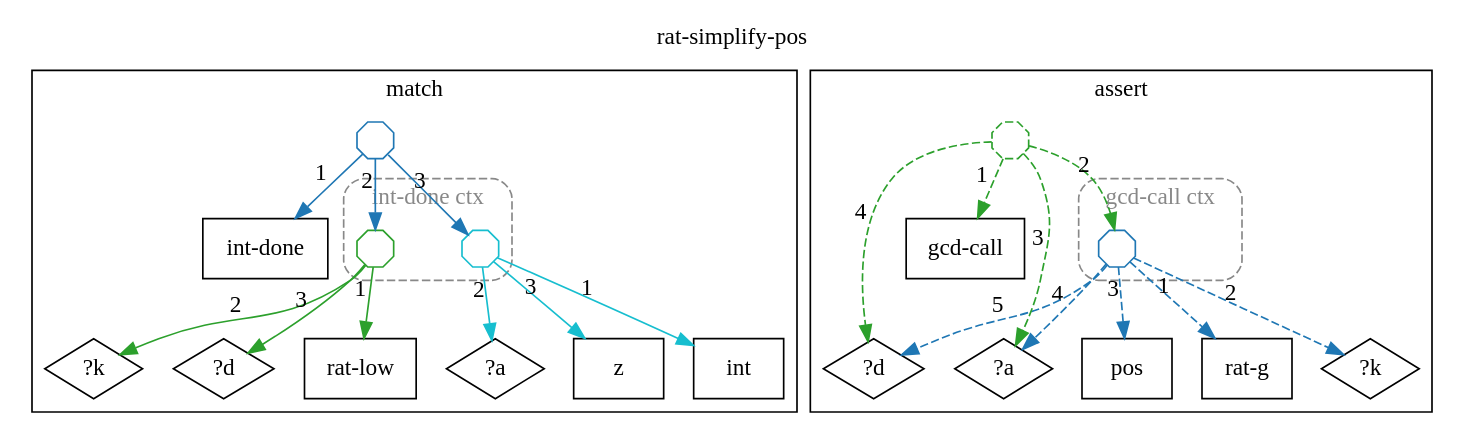
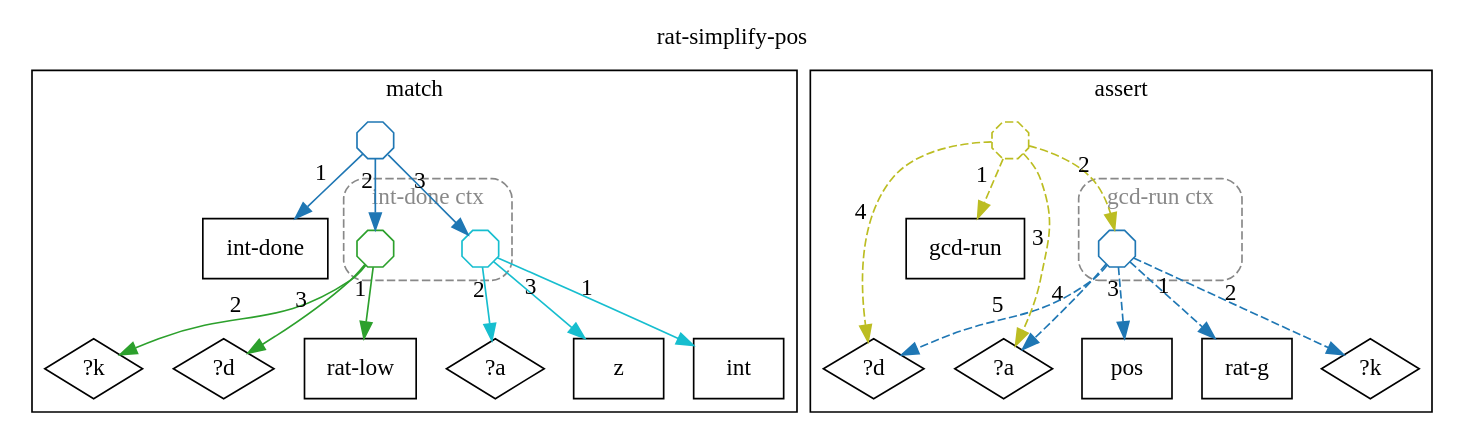
One commit to agutikov/ein changed the diagram in docs/ein/user/04-reference/04-stdlib/diagrams/13-std.math.rat.rat-simplify-pos.dot. Above: the diagram before and after it, drawn with Graphviz. The commit also changed 347 other files, not shown here.

```diff
--- a/docs/ein/user/04-reference/04-stdlib/diagrams/13-std.math.rat.rat-simplify-pos.dot
+++ b/docs/ein/user/04-reference/04-stdlib/diagrams/13-std.math.rat.rat-simplify-pos.dot
@@ -1,50 +1,50 @@
 digraph rule_rat_simplify_pos_lhs_rhs {
   rankdir=TB;
   label="rat-simplify-pos"; labelloc=t;
   subgraph cluster_lhs { label="match";
     "int-done_L" [label="int-done", shape=box];
     "rat-low_L" [label="rat-low", shape=box];
     "?k_L" [label="?k", shape=diamond];
     "?d_L" [label="?d", shape=diamond];
     "int_L" [label="int", shape=box];
     "?a_L" [label="?a", shape=diamond];
     "z_L" [label="z", shape=box];
     subgraph cluster_ctx_L_0 {
       label="int-done ctx"; style="dashed,rounded"; color="#888888"; fontcolor="#888888";
       "(rat-low ?k ?d)_L" [shape=octagon, label="", width=0.3, height=0.3, fixedsize=true, color="#2ca02c"];
       "(int ?a z)_L" [shape=octagon, label="", width=0.3, height=0.3, fixedsize=true, color="#17becf"];
     }
     "h1_int-done_L" [shape=octagon, label="", width=0.3, height=0.3, fixedsize=true, color="#1f77b4"];
     "h1_int-done_L" -> "int-done_L" [xlabel="1", color="#1f77b4"];
     "h1_int-done_L" -> "(rat-low ?k ?d)_L" [xlabel="2", color="#1f77b4"];
     "h1_int-done_L" -> "(int ?a z)_L" [xlabel="3", color="#1f77b4"];
     "(rat-low ?k ?d)_L" -> "rat-low_L" [xlabel="1", color="#2ca02c"];
     "(rat-low ?k ?d)_L" -> "?k_L" [xlabel="2", color="#2ca02c"];
     "(rat-low ?k ?d)_L" -> "?d_L" [xlabel="3", color="#2ca02c"];
     "(int ?a z)_L" -> "int_L" [xlabel="1", color="#17becf"];
     "(int ?a z)_L" -> "?a_L" [xlabel="2", color="#17becf"];
     "(int ?a z)_L" -> "z_L" [xlabel="3", color="#17becf"];
   }
   subgraph cluster_rhs { label="assert";
-    "gcd-call_R" [label="gcd-call", shape=box];
+    "gcd-run_R" [label="gcd-run", shape=box];
     "rat-g_R" [label="rat-g", shape=box];
     "?k_R" [label="?k", shape=diamond];
     "pos_R" [label="pos", shape=box];
     "?a_R" [label="?a", shape=diamond];
     "?d_R" [label="?d", shape=diamond];
     subgraph cluster_ctx_R_0 {
-      label="gcd-call ctx"; style="dashed,rounded"; color="#888888"; fontcolor="#888888";
+      label="gcd-run ctx"; style="dashed,rounded"; color="#888888"; fontcolor="#888888";
       "(rat-g ?k pos ?a ?d)_R" [shape=octagon, label="", width=0.3, height=0.3, fixedsize=true, color="#1f77b4"];
     }
-    "h2_gcd-call_R" [shape=octagon, label="", width=0.3, height=0.3, fixedsize=true, color="#2ca02c", style=dashed];
-    "h2_gcd-call_R" -> "gcd-call_R" [xlabel="1", color="#2ca02c", style=dashed];
-    "h2_gcd-call_R" -> "(rat-g ?k pos ?a ?d)_R" [xlabel="2", color="#2ca02c", style=dashed];
-    "h2_gcd-call_R" -> "?a_R" [xlabel="3", color="#2ca02c", style=dashed];
-    "h2_gcd-call_R" -> "?d_R" [xlabel="4", color="#2ca02c", style=dashed];
+    "h2_gcd-run_R" [shape=octagon, label="", width=0.3, height=0.3, fixedsize=true, color="#bcbd22", style=dashed];
+    "h2_gcd-run_R" -> "gcd-run_R" [xlabel="1", color="#bcbd22", style=dashed];
+    "h2_gcd-run_R" -> "(rat-g ?k pos ?a ?d)_R" [xlabel="2", color="#bcbd22", style=dashed];
+    "h2_gcd-run_R" -> "?a_R" [xlabel="3", color="#bcbd22", style=dashed];
+    "h2_gcd-run_R" -> "?d_R" [xlabel="4", color="#bcbd22", style=dashed];
     "(rat-g ?k pos ?a ?d)_R" -> "rat-g_R" [xlabel="1", color="#1f77b4", style=dashed];
     "(rat-g ?k pos ?a ?d)_R" -> "?k_R" [xlabel="2", color="#1f77b4", style=dashed];
     "(rat-g ?k pos ?a ?d)_R" -> "pos_R" [xlabel="3", color="#1f77b4", style=dashed];
     "(rat-g ?k pos ?a ?d)_R" -> "?a_R" [xlabel="4", color="#1f77b4", style=dashed];
     "(rat-g ?k pos ?a ?d)_R" -> "?d_R" [xlabel="5", color="#1f77b4", style=dashed];
   }
 }
```
